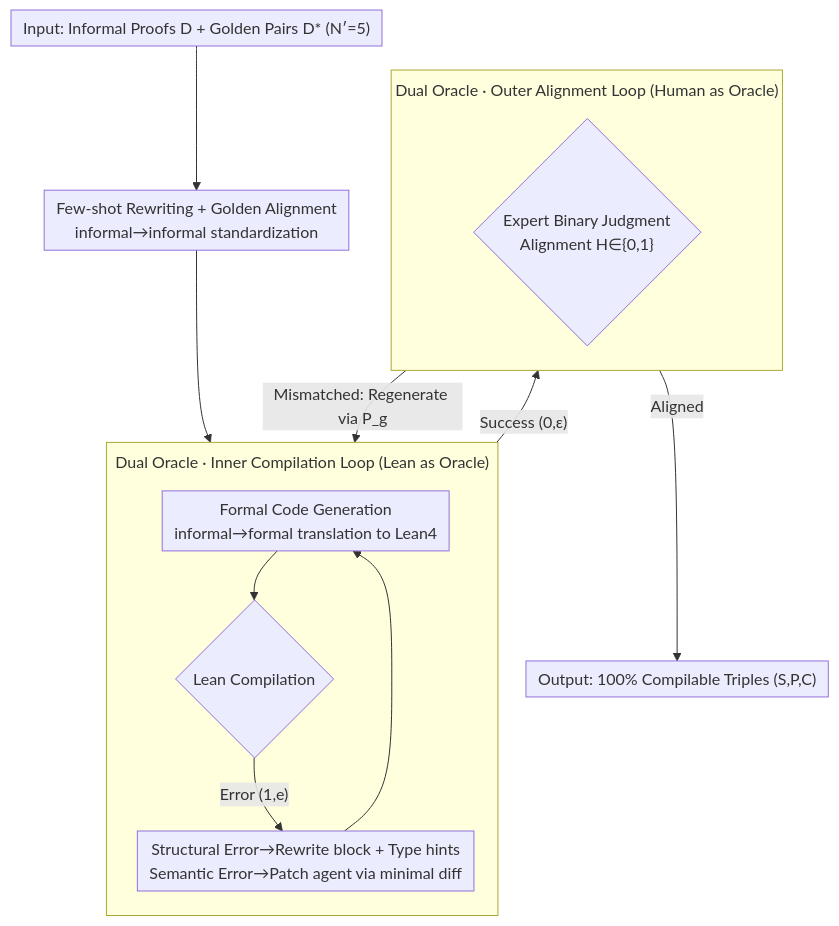
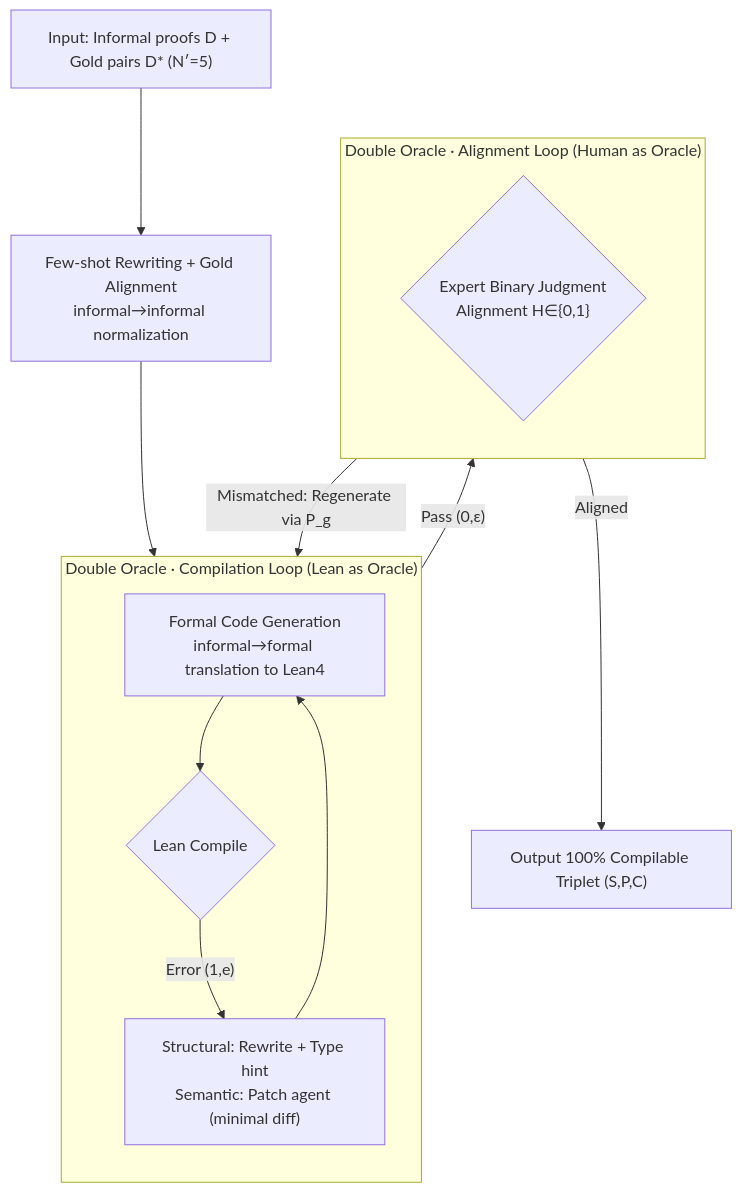
One commit to zhaoyang97/Paper-Notes-en changed the diagram in docs/ACL2026/code_intelligence/formalscience_scalable_human-in-the-loop_autoformalisation_of_science_with_agent.md. Above: the diagram before and after it, drawn with Mermaid. The commit also changed other lines of this file and 5084 other files, not shown here.

````diff
--- a/docs/ACL2026/code_intelligence/formalscience_scalable_human-in-the-loop_autoformalisation_of_science_with_agent.md
+++ b/docs/ACL2026/code_intelligence/formalscience_scalable_human-in-the-loop_autoformalisation_of_science_with_agent.md
@@ -46,18 +46,17 @@
 ```mermaid
-%%{init: {'flowchart': {'rankSpacing': 24, 'nodeSpacing': 28, 'padding': 6, 'wrappingWidth': 400, 'subGraphTitleMargin': {'top': 8, 'bottom': 16}}}}%%
 flowchart TD
-    IN["Input: Informal Proofs D + Golden Pairs D* (N′=5)"] --> RW["Few-shot Rewriting + Golden Alignment<br/>informal→informal standardization"]
+    IN["Input: Informal proofs D + Gold pairs D* (N′=5)"] --> RW["Few-shot Rewriting + Gold Alignment<br/>informal→informal normalization"]
     RW --> GEN["Formal Code Generation<br/>informal→formal translation to Lean4"]
-    subgraph INNER["Dual Oracle · Inner Compilation Loop (Lean as Oracle)"]
+    subgraph INNER["Double Oracle · Compilation Loop (Lean as Oracle)"]
         direction TB
-        GEN --> LEAN{"Lean Compilation"}
-        LEAN -->|"Error (1,e)"| SPLIT["Structural Error→Rewrite block + Type hints<br/>Semantic Error→Patch agent via minimal diff"]
+        GEN --> LEAN{"Lean Compile"}
+        LEAN -->|"Error (1,e)"| SPLIT["Structural: Rewrite + Type hint<br/>Semantic: Patch agent (minimal diff)"]
         SPLIT --> GEN
     end
-    LEAN -->|"Success (0,ε)"| HUMAN
-    subgraph OUTER["Dual Oracle · Outer Alignment Loop (Human as Oracle)"]
+    LEAN -->|"Pass (0,ε)"| HUMAN
+    subgraph OUTER["Double Oracle · Alignment Loop (Human as Oracle)"]
         direction TB
         HUMAN{"Expert Binary Judgment<br/>Alignment H∈{0,1}"} -->|"Mismatched: Regenerate via P_g"| GEN
     end
-    HUMAN -->|"Aligned"| OUT["Output: 100% Compilable Triples (S,P,C)"]
+    HUMAN -->|"Aligned"| OUT["Output 100% Compilable Triplet (S,P,C)"]
 ```
````
